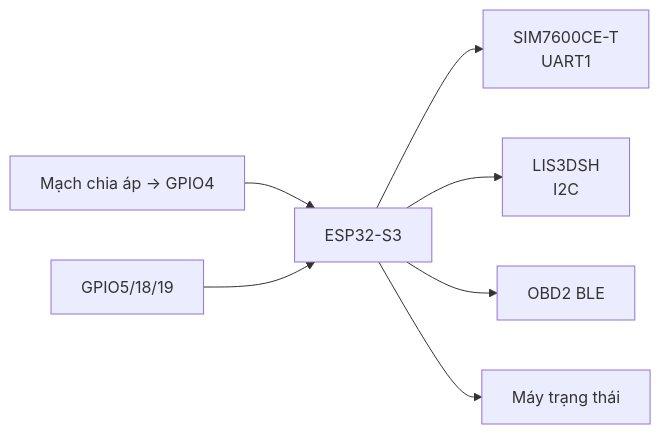
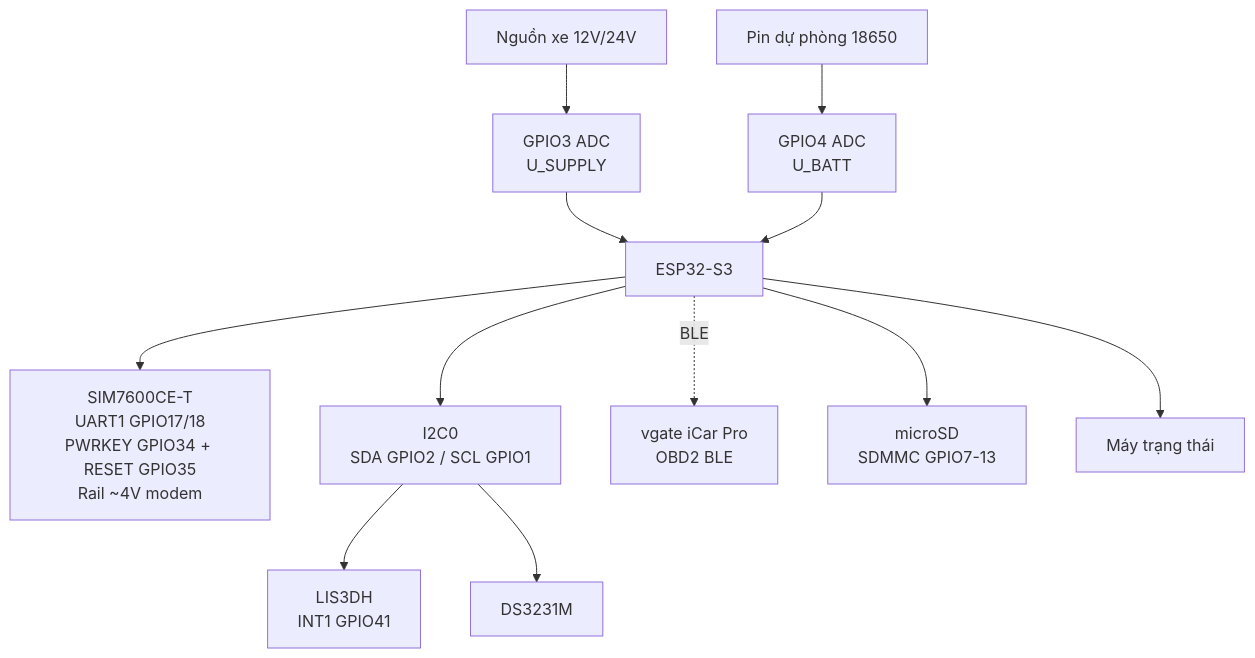
One commit to anmh1205/IoT_Vehicle_Tracking_System changed the diagram in resources/reports/thesis/final/assets/uml/07-chuong-4-trien-khai-hardware-hinh-4-5.mmd. Above: the diagram before and after it, drawn with Mermaid. The commit also changed 219 other files, not shown here.

```diff
--- a/resources/reports/thesis/final/assets/uml/07-chuong-4-trien-khai-hardware-hinh-4-5.mmd
+++ b/resources/reports/thesis/final/assets/uml/07-chuong-4-trien-khai-hardware-hinh-4-5.mmd
@@ -1,9 +1,13 @@
-flowchart LR
-    ADC["Mạch chia áp -> GPIO4"] --> MCU["ESP32-S3"]
-    PWR["GPIO5/18/19"] --> MCU
-    MCU --> Modem["SIM7600CE-T
-UART1"]
-    MCU --> IMU["LIS3DSH
-I2C"]
-    MCU --> OBD["OBD2 BLE"]
+flowchart TB
+    MCU["ESP32-S3"]
+
+    Source["Nguồn xe 12V/24V"] --> ADC["GPIO3 ADC<br/>U_SUPPLY"] --> MCU
+    Backup["Pin dự phòng 18650"] --> BADC["GPIO4 ADC<br/>U_BATT"] --> MCU
+
+    MCU --> Modem["SIM7600CE-T<br/>UART1 GPIO17/18<br/>PWRKEY GPIO34 + RESET GPIO35<br/>Rail ~4V modem"]
+    MCU --> I2C["I2C0<br/>SDA GPIO2 / SCL GPIO1"]
+    I2C --> IMU["LIS3DH<br/>INT1 GPIO41"]
+    I2C --> RTC["DS3231M"]
+    MCU -. BLE .-> OBD["vgate iCar Pro<br/>OBD2 BLE"]
+    MCU --> Storage["microSD<br/>SDMMC GPIO7-13"]
     MCU --> Logic["Máy trạng thái"]
```
